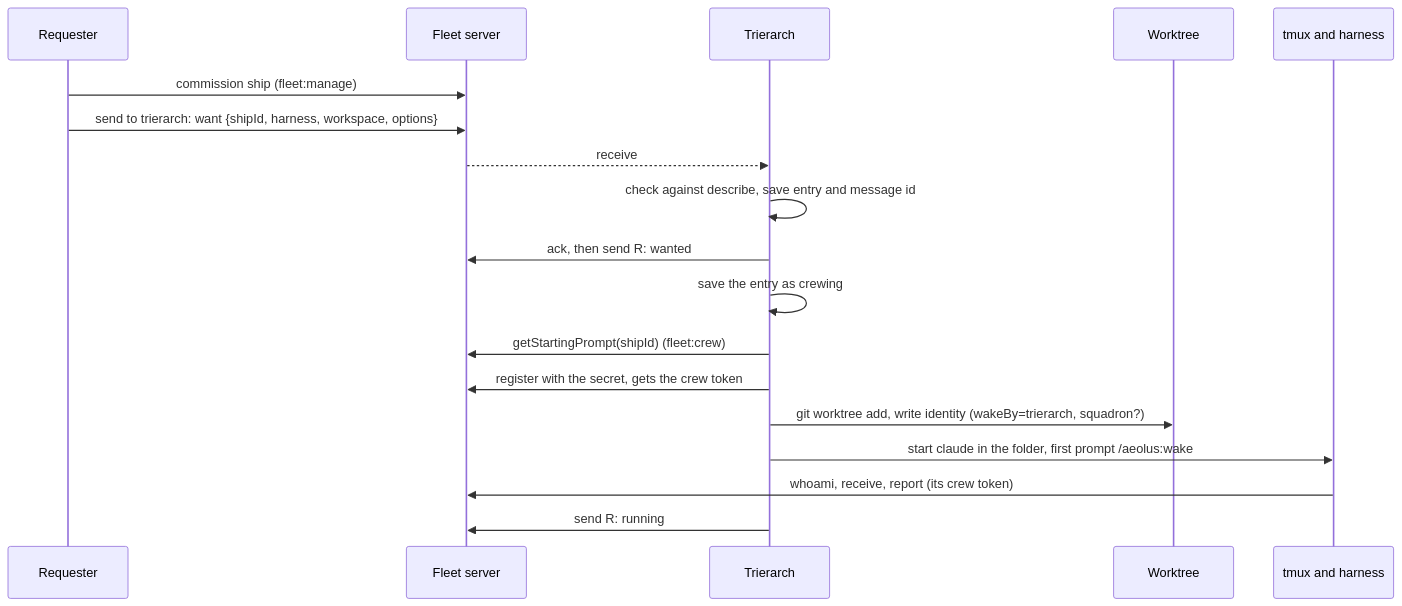
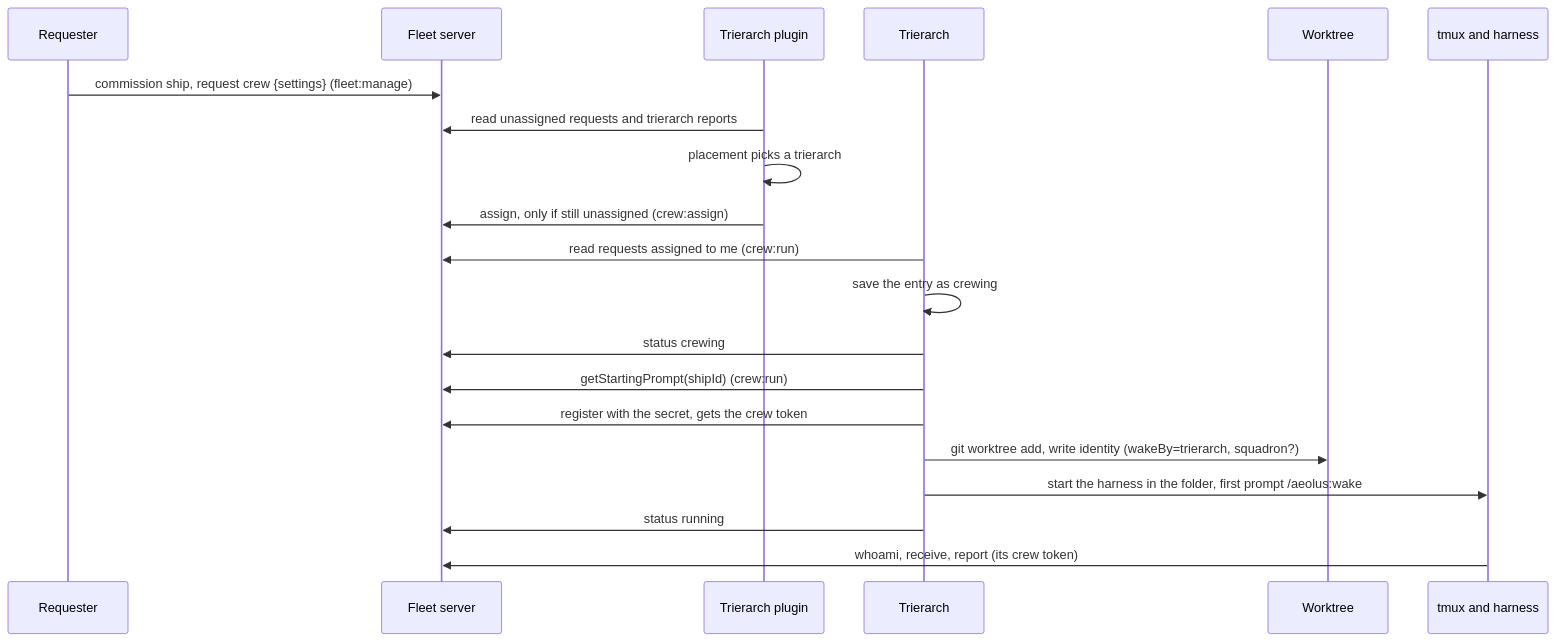
The third of 6 diagrams in docs/architecture.md (ThomasHendrickx/aeolus-fleet), drawn with Mermaid before and after one commit. The commit also changed other lines of this file and 1 other file, not shown here.

Commit message:
docs: crew request language and scopes, and the trierarch plugin in the architecture

````diff
--- a/docs/architecture.md
+++ b/docs/architecture.md
@@ -227,20 +256,22 @@
 ```mermaid
 sequenceDiagram
   participant R as Requester
   participant F as Fleet server
+  participant P as Trierarch plugin
   participant T as Trierarch
   participant W as Worktree
   participant X as tmux and harness
-  R->>F: commission ship (fleet:manage)
-  R->>F: send to trierarch: want {shipId, harness, workspace, options}
-  F-->>T: receive
-  T->>T: check against describe, save entry and message id
-  T->>F: ack, then send R: wanted
+  R->>F: commission ship, request crew {settings} (fleet:manage)
+  P->>F: read unassigned requests and trierarch reports
+  P->>P: placement picks a trierarch
+  P->>F: assign, only if still unassigned (crew:assign)
+  T->>F: read requests assigned to me (crew:run)
   T->>T: save the entry as crewing
-  T->>F: getStartingPrompt(shipId) (fleet:crew)
+  T->>F: status crewing
+  T->>F: getStartingPrompt(shipId) (crew:run)
   T->>F: register with the secret, gets the crew token
   T->>W: git worktree add, write identity (wakeBy=trierarch, squadron?)
-  T->>X: start claude in the folder, first prompt /aeolus:wake
+  T->>X: start the harness in the folder, first prompt /aeolus:wake
+  T->>F: status running
   X->>F: whoami, receive, report (its crew token)
-  T->>F: send R: running
 ```
````
